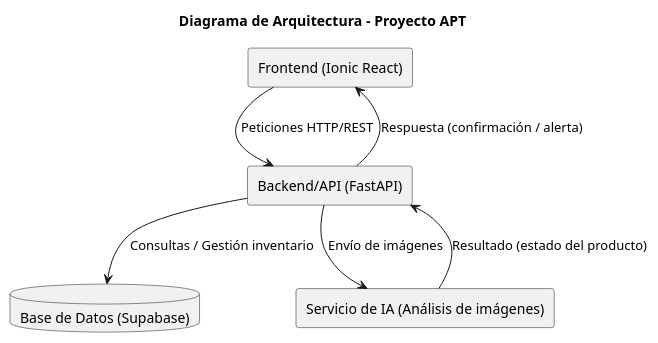
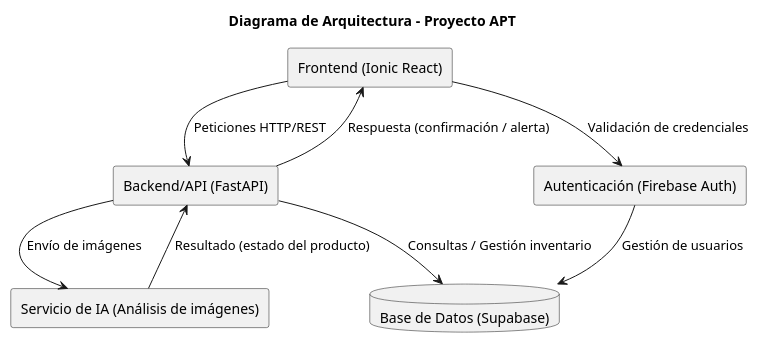
One commit to Tihare-Campusano/NEXA changed the diagram in inventario-app/docs/diagramas/Diagrama_de_arquitectura.puml. Above: the diagram before and after it, drawn with PlantUML. The commit also changed 3 other files, not shown here.

```diff
--- a/inventario-app/docs/diagramas/Diagrama_de_arquitectura.puml
+++ b/inventario-app/docs/diagramas/Diagrama_de_arquitectura.puml
@@ -1,15 +1,18 @@
 @startuml Diagrama_de_arquitectura
 title Diagrama de Arquitectura - Proyecto APT
 
 rectangle "Frontend (Ionic React)" as FE
 rectangle "Backend/API (FastAPI)" as BE
 database "Base de Datos (Supabase)" as DB
 rectangle "Servicio de IA (Análisis de imágenes)" as IA
+rectangle "Autenticación (Firebase Auth)" as AUTH
 
 FE --> BE : Peticiones HTTP/REST
 BE --> DB : Consultas / Gestión inventario
 BE --> IA : Envío de imágenes
 IA --> BE : Resultado (estado del producto)
+FE --> AUTH : Validación de credenciales
+AUTH --> DB : Gestión de usuarios
 BE --> FE : Respuesta (confirmación / alerta)
 
 @enduml
```
